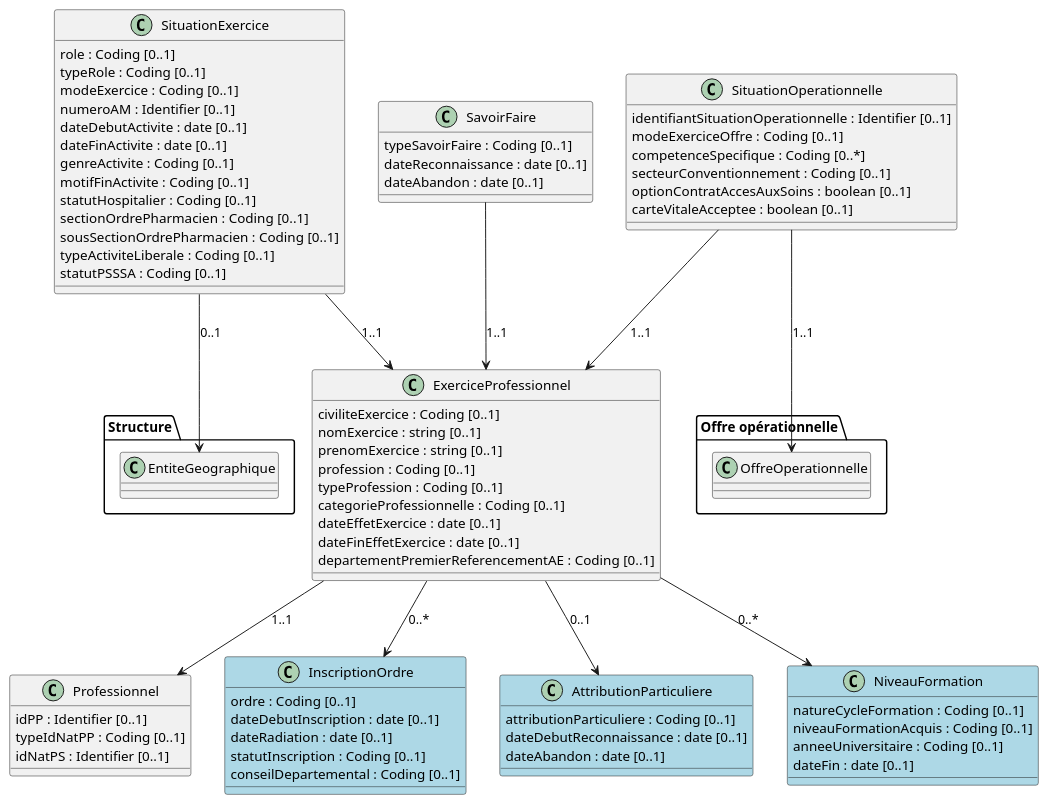
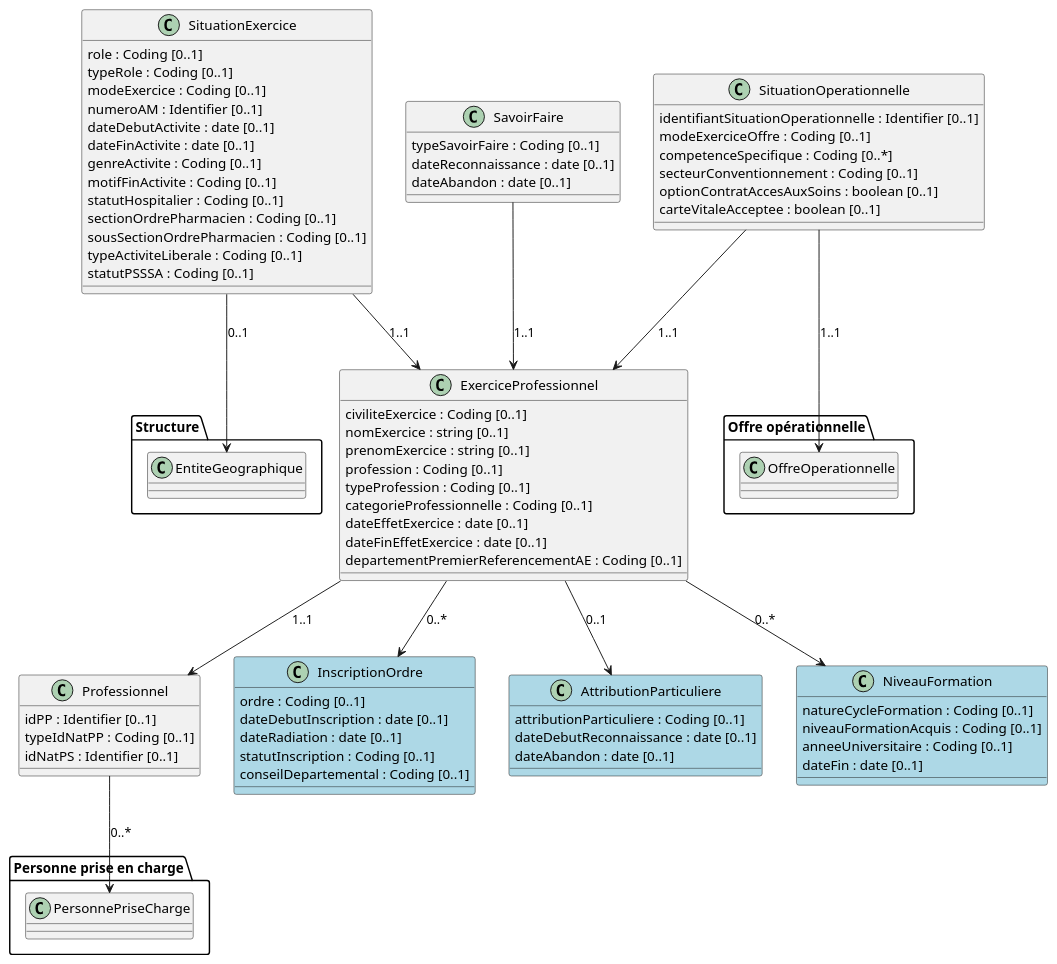
Before and after one commit to ansforge/IG-modele-objets-sante: the diagram in input/images-source/professionnel.plantuml, drawn with PlantUML. The commit also changed 7 other files, not shown here.

```diff
--- a/input/images-source/professionnel.plantuml
+++ b/input/images-source/professionnel.plantuml
@@ -1,91 +1,96 @@
 @startuml
 
 Class ExerciceProfessionnel {
   civiliteExercice : Coding [0..1]
   nomExercice : string [0..1]
   prenomExercice : string [0..1]
   profession : Coding [0..1]
   typeProfession : Coding [0..1]
   categorieProfessionnelle : Coding [0..1]
   dateEffetExercice : date [0..1]
   dateFinEffetExercice : date [0..1]
   departementPremierReferencementAE : Coding [0..1]
 }
 
 Class Professionnel {
   idPP : Identifier [0..1]
   typeIdNatPP : Coding [0..1]
   idNatPS : Identifier [0..1]
 }
 
 Class SavoirFaire {
   typeSavoirFaire : Coding [0..1]
   dateReconnaissance : date [0..1]
   dateAbandon : date [0..1]
 }
 
 Class SituationExercice {
   role : Coding [0..1]
   typeRole : Coding [0..1]
   modeExercice : Coding [0..1]
   numeroAM : Identifier [0..1]
   dateDebutActivite : date [0..1]
   dateFinActivite : date [0..1]
   genreActivite : Coding [0..1]
   motifFinActivite : Coding [0..1]
   statutHospitalier : Coding [0..1]
   sectionOrdrePharmacien : Coding [0..1]
   sousSectionOrdrePharmacien : Coding [0..1]
   typeActiviteLiberale : Coding [0..1]
   statutPSSSA : Coding [0..1]
 }
 
 Class SituationOperationnelle {
   identifiantSituationOperationnelle : Identifier [0..1]
   modeExerciceOffre : Coding [0..1]
   competenceSpecifique : Coding [0..*]
   secteurConventionnement : Coding [0..1]
   optionContratAccesAuxSoins : boolean [0..1]
   carteVitaleAcceptee : boolean [0..1]
 }
 
 Class InscriptionOrdre #LightBlue {
   ordre : Coding [0..1]
   dateDebutInscription : date [0..1]
   dateRadiation : date [0..1]
   statutInscription : Coding [0..1]
   conseilDepartemental : Coding [0..1]
 }
 
 Class AttributionParticuliere #LightBlue {
   attributionParticuliere : Coding [0..1]
   dateDebutReconnaissance : date [0..1]
   dateAbandon : date [0..1]
 }
 
 Class NiveauFormation #LightBlue {
   natureCycleFormation : Coding [0..1]
   niveauFormationAcquis : Coding [0..1]
   anneeUniversitaire : Coding [0..1]
   dateFin : date [0..1]
 }
 
 
+package "Personne prise en charge" {
+  Class PersonnePriseCharge
+}
+
 package "Structure" {
   Class EntiteGeographique
 }
 
 package "Offre opérationnelle" {
   Class OffreOperationnelle
 }
 ExerciceProfessionnel --> Professionnel : 1..1
 SavoirFaire --> ExerciceProfessionnel : 1..1
 SituationExercice --> ExerciceProfessionnel : 1..1
 SituationOperationnelle --> ExerciceProfessionnel : 1..1
+Professionnel --> PersonnePriseCharge : 0..*
 SituationExercice --> EntiteGeographique : 0..1
 SituationOperationnelle --> OffreOperationnelle : 1..1
 ExerciceProfessionnel --> InscriptionOrdre : 0..*
 ExerciceProfessionnel --> AttributionParticuliere : 0..1
 ExerciceProfessionnel --> NiveauFormation : 0..*
 
 @enduml
```
